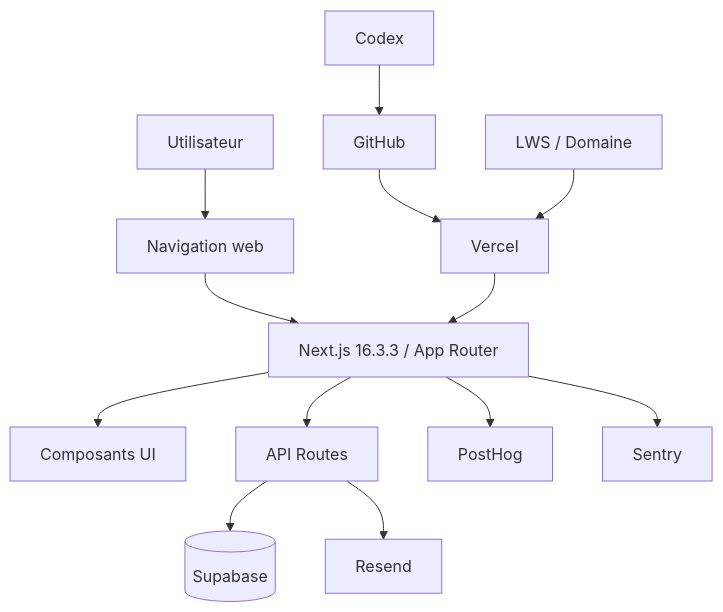
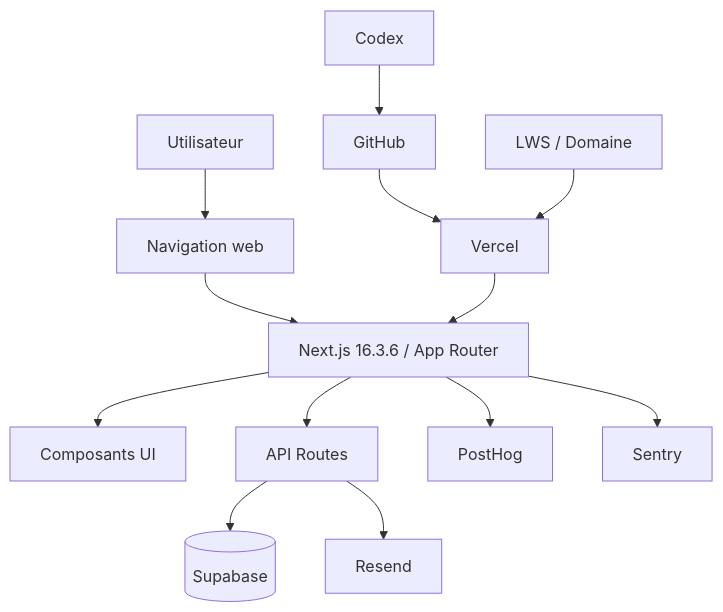
The diagram in documentation/architecture/methodologie-fonctionnement-site.md (maxd4/CleanmyMap), drawn with Mermaid before and after one commit. The commit also changed other lines of this file and 5 other files, not shown here.

````diff
--- a/documentation/architecture/methodologie-fonctionnement-site.md
+++ b/documentation/architecture/methodologie-fonctionnement-site.md
@@ -25,17 +25,17 @@
 ```mermaid
 flowchart TD
   U[Utilisateur] --> N[Navigation web]
-  N --> W[Next.js 16.3.3 / App Router]
+  N --> W[Next.js 16.3.6 / App Router]
   W --> C[Composants UI]
   W --> A[API Routes]
 
   A --> S[(Supabase)]
   A --> R[Resend]
   W --> P[PostHog]
   W --> E[Sentry]
 
   G[GitHub] --> V[Vercel]
   Cx[Codex] --> G
   V --> W
   D[LWS / Domaine] --> V
 ```
````
